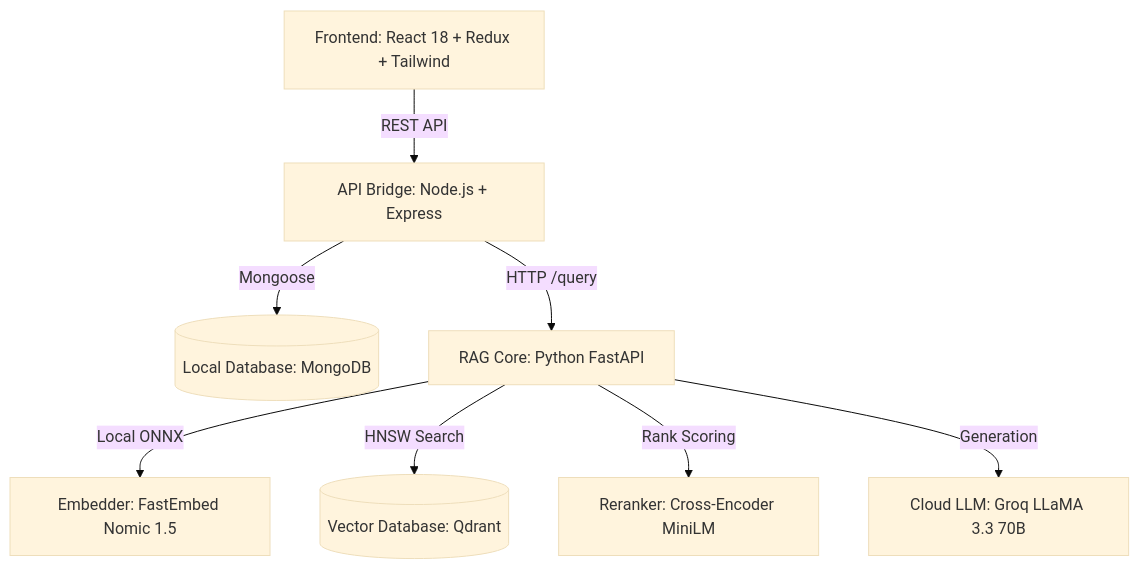
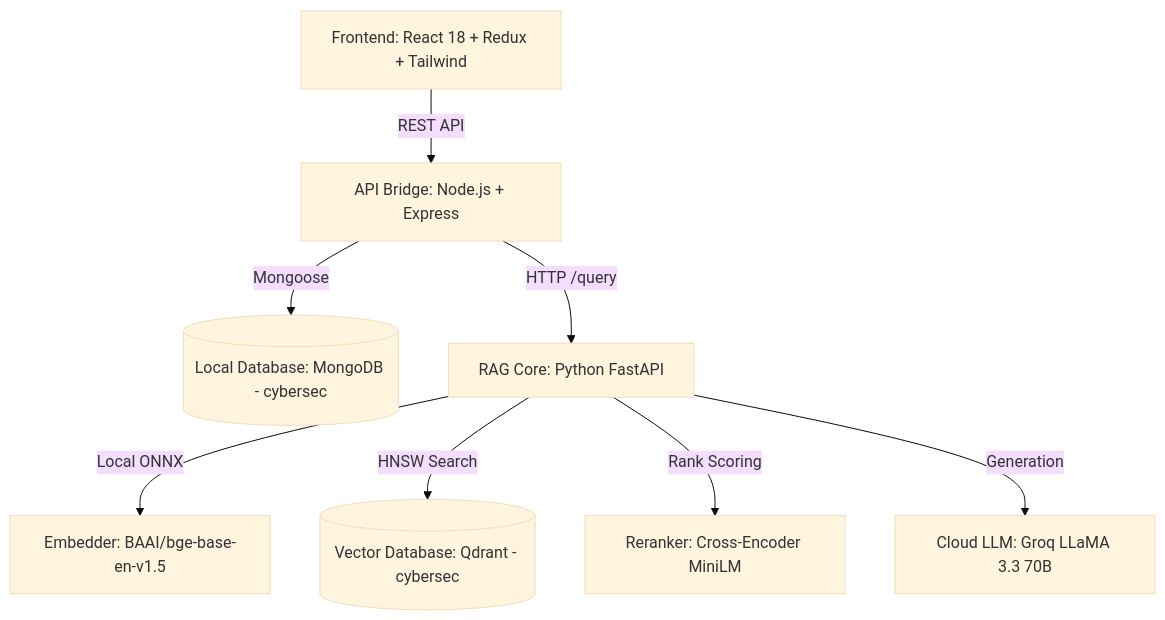
The diagram in README.md (SohailShabbir867/ResearchFlow_AI), drawn with Mermaid (base theme) before and after one commit. The commit also changed other lines of this file, not shown here.

````diff
--- a/README.md
+++ b/README.md
@@ -99,10 +100,10 @@
 ```mermaid
 graph TD
     A[Frontend: React 18 + Redux + Tailwind] -->|REST API| B[API Bridge: Node.js + Express]
-    B -->|Mongoose| C[(Local Database: MongoDB)]
+    B -->|Mongoose| C[(Local Database: MongoDB - cybersec)]
     B -->|HTTP /query| D[RAG Core: Python FastAPI]
-    D -->|Local ONNX| E[Embedder: FastEmbed Nomic 1.5]
-    D -->|HNSW Search| F[(Vector Database: Qdrant)]
+    D -->|Local ONNX| E[Embedder: BAAI/bge-base-en-v1.5]
+    D -->|HNSW Search| F[(Vector Database: Qdrant - cybersec)]
     D -->|Rank Scoring| G[Reranker: Cross-Encoder MiniLM]
     D -->|Generation| H[Cloud LLM: Groq LLaMA 3.3 70B]
 ```
````
